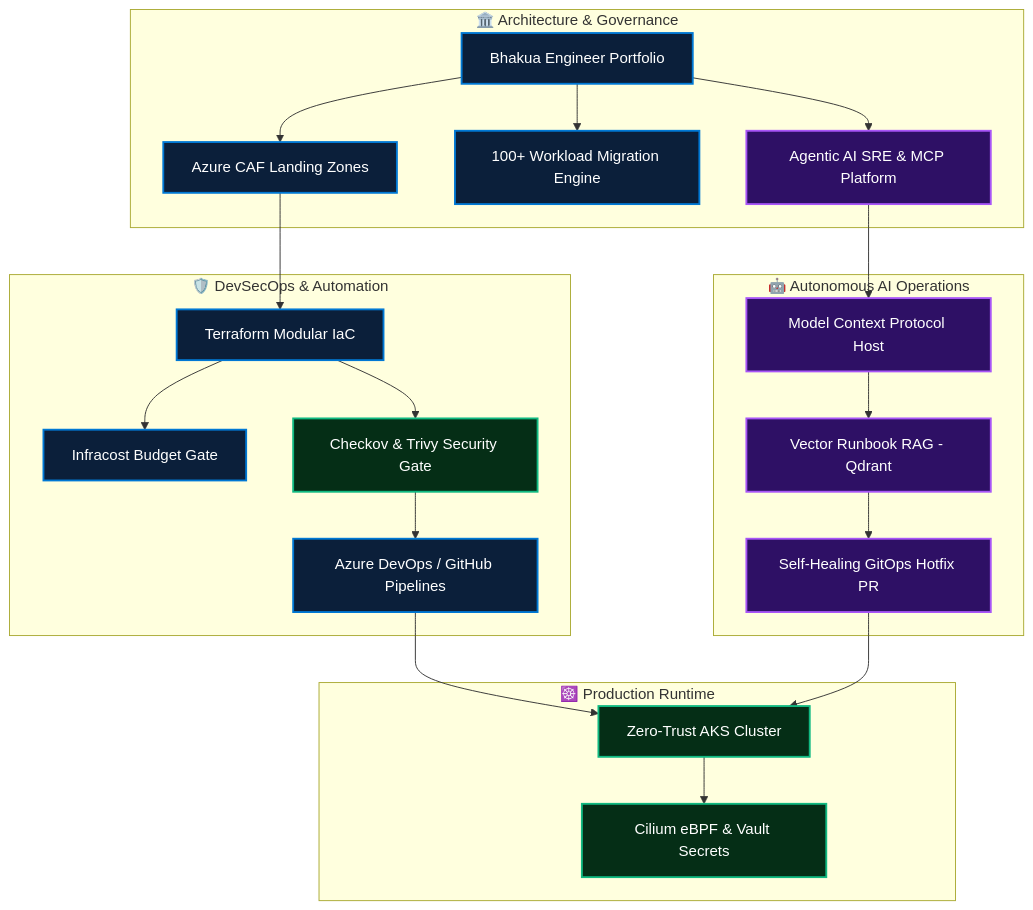
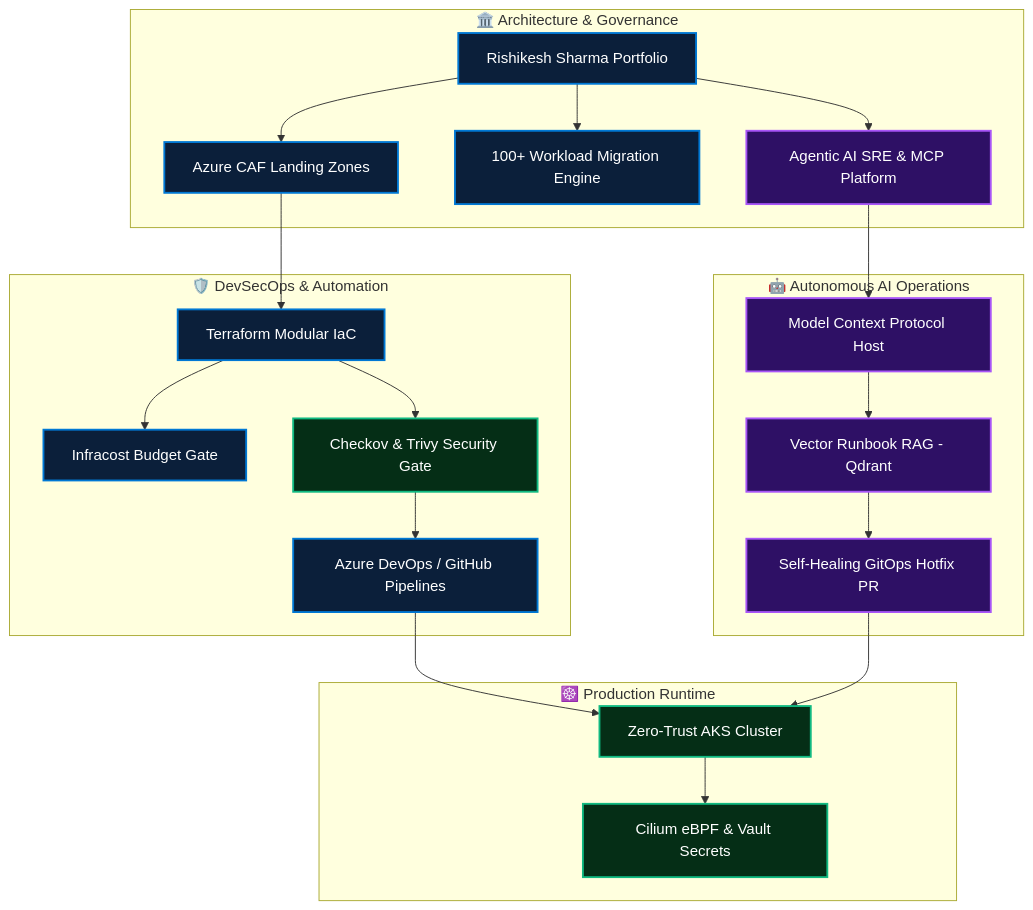
One commit to RisikeshSharma/RisikeshSharma changed the diagram in README.md. Above: the diagram before and after it, drawn with Mermaid. The commit also changed other lines of this file and 2 other files, not shown here.

Commit message:
feat: add custom Azure-themed banner and footer SVG assets

````diff
--- a/README.md
+++ b/README.md
@@ -36,34 +36,34 @@
 ```mermaid
 flowchart TD
     subgraph Core["🏛️ Architecture & Governance"]
-        A[Bhakua Engineer Portfolio] --> B[Azure CAF Landing Zones]
+        A[Rishikesh Sharma Portfolio] --> B[Azure CAF Landing Zones]
         A --> C[100+ Workload Migration Engine]
         A --> D[Agentic AI SRE & MCP Platform]
     end
 
     subgraph DevSecOps["🛡️ DevSecOps & Automation"]
         B --> E[Terraform Modular IaC]
         E --> F[Infracost Budget Gate]
         E --> G[Checkov & Trivy Security Gate]
         G --> H[Azure DevOps / GitHub Pipelines]
     end
 
     subgraph AI["🤖 Autonomous AI Operations"]
         D --> I[Model Context Protocol Host]
         I --> J[Vector Runbook RAG - Qdrant]
         J --> K[Self-Healing GitOps Hotfix PR]
     end
 
     subgraph Runtime["☸️ Production Runtime"]
         H --> L[Zero-Trust AKS Cluster]
         K --> L
         L --> M[Cilium eBPF & Vault Secrets]
     end
 
     classDef blue fill:#0B1F3A,stroke:#0078D4,stroke-width:2px,color:#fff;
     classDef green fill:#052e16,stroke:#10b981,stroke-width:2px,color:#fff;
     classDef purple fill:#2e1065,stroke:#a855f7,stroke-width:2px,color:#fff;
     class A,B,C,E,F,H blue;
     class G,L,M green;
     class D,I,J,K purple;
 ```
````
